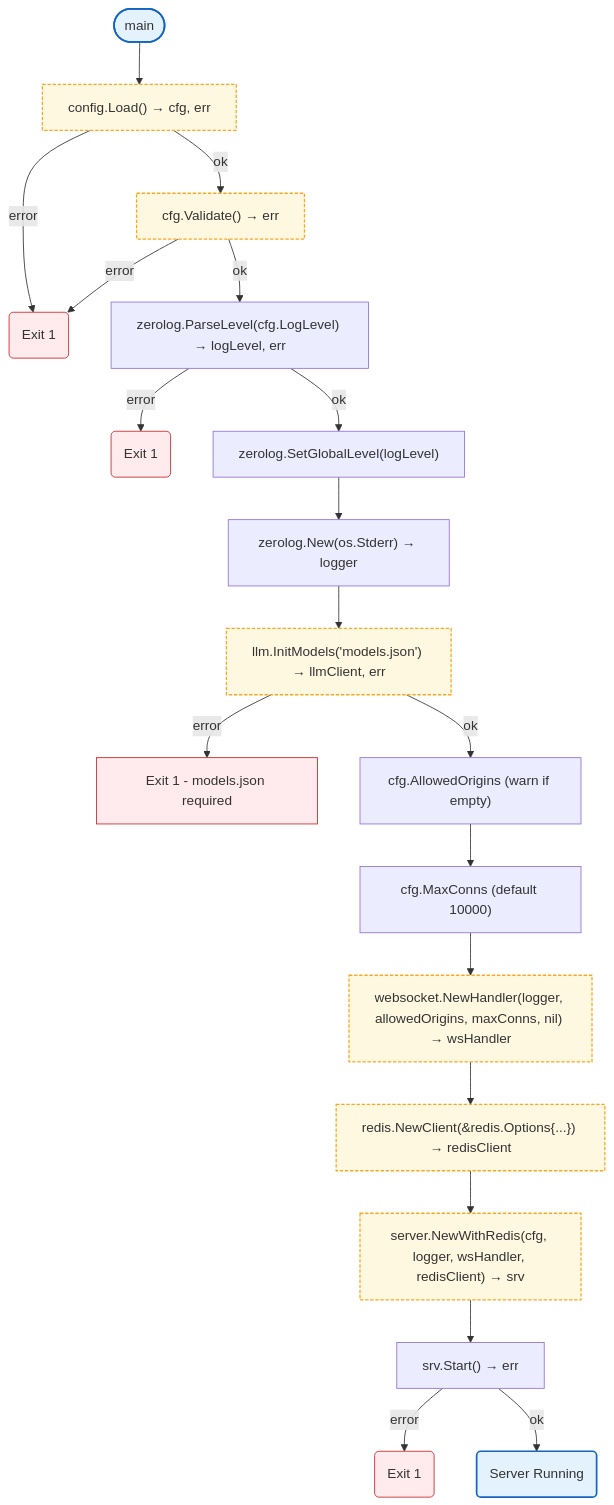
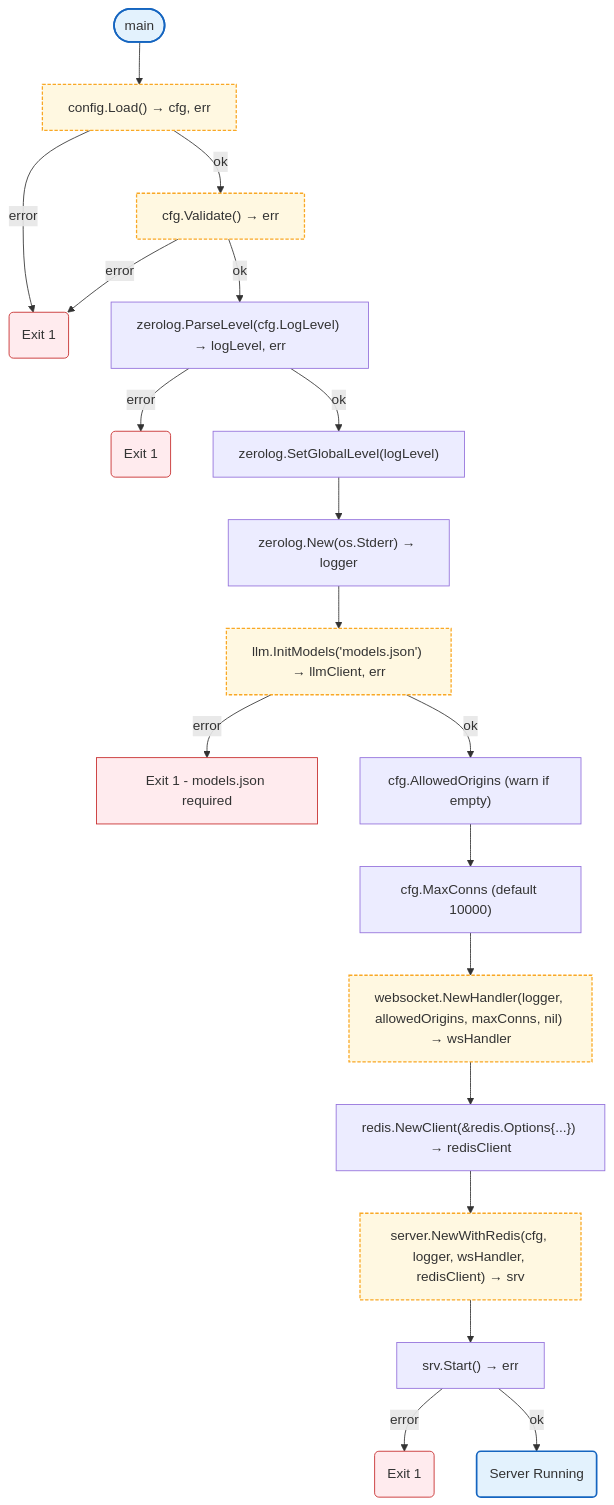
One commit to radch-ai/ava changed the diagram in docs/cmd/gateway.md. Above: the diagram before and after it, drawn with Mermaid. The commit also changed other lines of this file and 2 other files, not shown here.

Commit message:
docs(agent): improve documentation structure and accuracy
- Remove incorrect combined Overview flowchart (StartWithModel not called in NewADKAgent)
- Add Constants section with defaultIdleTimeout and defaultLaneQueueSize
- Move Methods table before flowcharts, matching codebase order
- Add Start flowchart (was missing)
- Remove incorrect internalFn class from inline operations
- Fix localPkgs class to use actual node names (GetUserID, GetAgentID)
- Fix type references ([]agent.ContentBlock not []agent.AgentMessage)
- Fix path building (path.Join not storage.WorkspacePath)
- Add path package to Dependencies
- Update test coverage table to match actual test names

````diff
--- a/docs/cmd/gateway.md
+++ b/docs/cmd/gateway.md
@@ -7,35 +7,35 @@
 ```mermaid
 flowchart TB
     Start([main]) --> LoadCfg["config.Load() → cfg, err"]
     LoadCfg -->|error| Exit1("Exit 1")
     LoadCfg -->|ok| ValidateCfg["cfg.Validate() → err"]
     ValidateCfg -->|error| Exit1
     ValidateCfg -->|ok| ParseLevel["zerolog.ParseLevel(cfg.LogLevel) → logLevel, err"]
     ParseLevel -->|error| Exit2("Exit 1")
     ParseLevel -->|ok| SetLevel["zerolog.SetGlobalLevel(logLevel)"]
     SetLevel --> CreateLogger["zerolog.New(os.Stderr) → logger"]
     CreateLogger --> InitLLM["llm.InitModels('models.json') → llmClient, err"]
     InitLLM -->|error| ExitLLM["Exit 1 - models.json required"]
     InitLLM -->|ok| CheckOrigins["cfg.AllowedOrigins (warn if empty)"]
     CheckOrigins --> CheckConns["cfg.MaxConns (default 10000)"]
     CheckConns --> CreateWS["websocket.NewHandler(logger, allowedOrigins, maxConns, nil) → wsHandler"]
     CreateWS --> InitRedis["redis.NewClient(&redis.Options{...}) → redisClient"]
     InitRedis --> CreateServer["server.NewWithRedis(cfg, logger, wsHandler, redisClient) → srv"]
     CreateServer --> StartServer["srv.Start() → err"]
     StartServer -->|error| Exit3("Exit 1")
     StartServer -->|ok| Running("Server Running")
 
     click LoadCfg href "../config/README.md"
     click ValidateCfg href "../config/README.md"
     click InitLLM href "../internal/llm/models_config.md"
     click CreateWS href "../internal/websocket.md"
     click CreateServer href "../internal/server/README.md"
 
     classDef mainFn fill:#e3f2fd,stroke:#1565c0,stroke-width:2px
     classDef localPkgs fill:#fff8e1,stroke:#f9a825,stroke-width:1.5px,stroke-dasharray:4 2
     classDef errorFlow fill:#ffebee,stroke:#c62828,stroke-width:1px
 
     class Start,Running mainFn
     class Exit1,Exit2,Exit3,ExitLLM errorFlow
-    class LoadCfg,ValidateCfg,InitLLM,CreateWS,InitRedis,CreateServer localPkgs
+    class LoadCfg,ValidateCfg,InitLLM,CreateWS,CreateServer localPkgs
 ```
````
